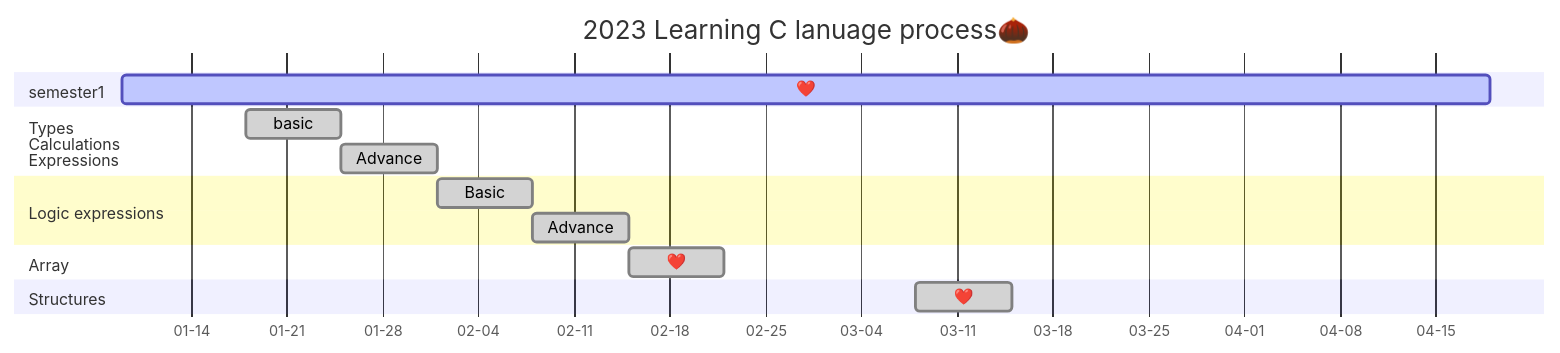
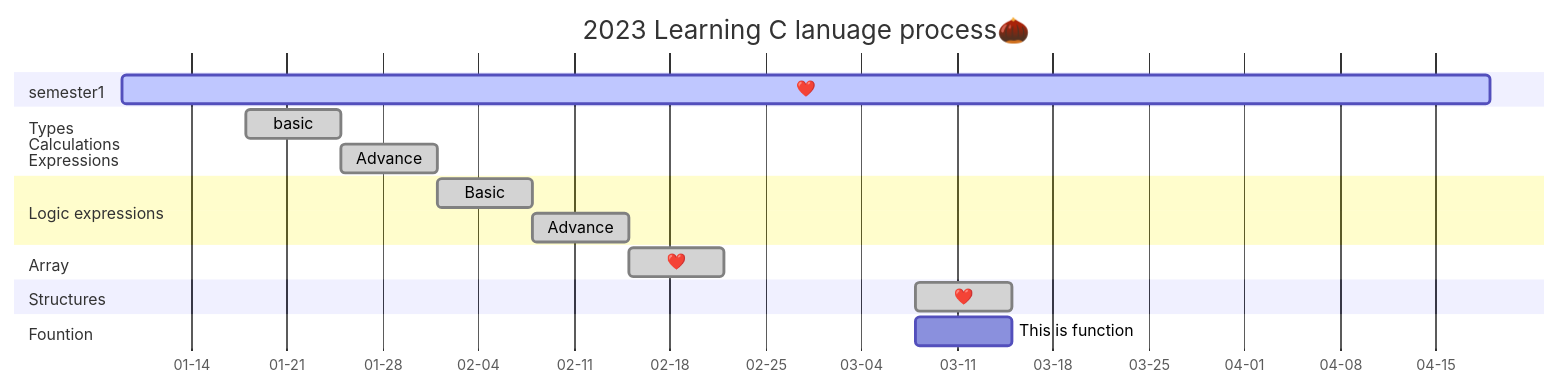
Before and after one commit to AimeeWen1992/Learning-C: the diagram in README.md, drawn with Mermaid.

````diff
--- a/README.md
+++ b/README.md
@@ -15,24 +15,25 @@
 ```mermaid
 gantt
 title 2023 Learning C lanuage process🌰 
 dateFormat YYYY-MM-DD
 axisFormat %m-%d
 section semester1
         ❤️:active,01-09,100d
 section Types<br />Calculations<br />Expressions
  basic   :done,01-18,7d
  Advance :done,01-25,7d
 
 section Logic expressions
 Basic   :done,02-01,7d
 Advance :done,02-08,7d
 
 section Array
 ❤️      :done,02-15,7d
 
 section Structures
 ❤️      :done,03-08,7d
 
 section Fountion
+This is function:03-08,7d
 
 ```
````
